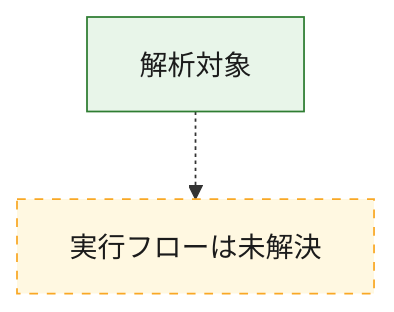
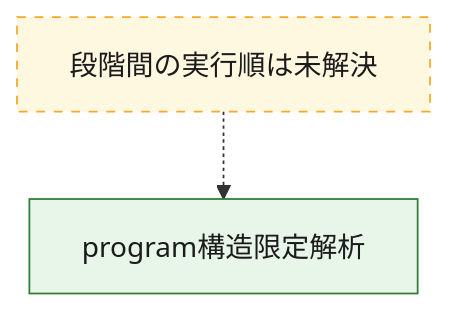
One commit to proshiba/AI-security-analysis changed the first of 3 diagrams in analysis-results/malware/unclassified/versions/unknown/cases/a811c126fd80c5535d76f2321bffaec3a30b79f5fdba322fba9c8df440847d4b/OVERALL-LOGIC.md. Above: the diagram before and after it, drawn with Mermaid. The commit also changed other lines of this file and 416 other files, not shown here.

````diff
--- a/analysis-results/malware/unclassified/versions/unknown/cases/a811c126fd80c5535d76f2321bffaec3a30b79f5fdba322fba9c8df440847d4b/OVERALL-LOGIC.md
+++ b/analysis-results/malware/unclassified/versions/unknown/cases/a811c126fd80c5535d76f2321bffaec3a30b79f5fdba322fba9c8df440847d4b/OVERALL-LOGIC.md
@@ -16,10 +16,10 @@
 ```mermaid
 flowchart TD
-  exec_target["解析対象"]
-  exec_unknown["実行フローは未解決"]
-  exec_target -.-> exec_unknown
-  class exec_target confirmed
+  exec_01["program構造限定解析"]
+  exec_unknown["段階間の実行順は未解決"]
+  exec_unknown -.-> exec_01
   class exec_unknown unresolved
+  class exec_01 confirmed
   classDef confirmed fill:#e8f5e9,stroke:#2e7d32,color:#1b1b1b
   classDef unresolved fill:#fff8e1,stroke:#f9a825,color:#1b1b1b,stroke-dasharray:5 5
 ```
````
